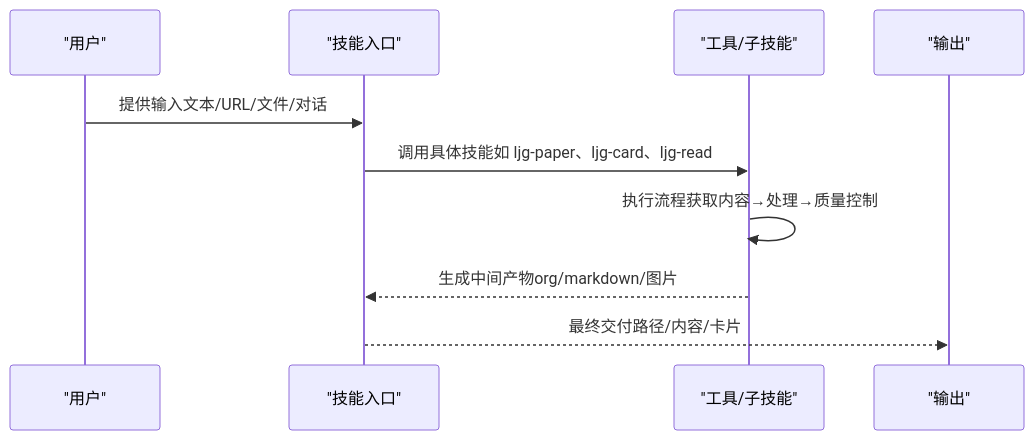
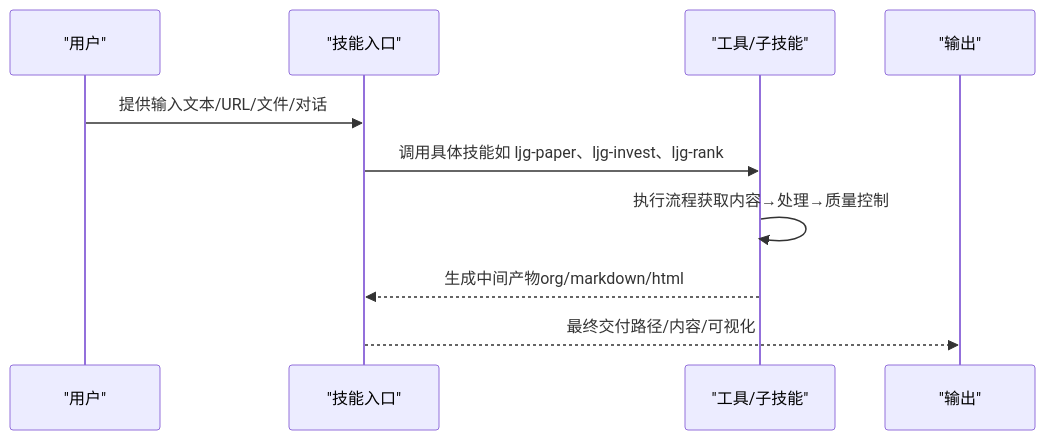
Before and after one commit to NTLx/ntlx.github.io: the second of 12 diagrams in .qoder/repowiki/zh/content/AI 技能系统/专用技能.md, drawn with Mermaid. The commit also changed other lines of this file and 8 other files, not shown here.

````diff
--- a/.qoder/repowiki/zh/content/AI 技能系统/专用技能.md
+++ b/.qoder/repowiki/zh/content/AI 技能系统/专用技能.md
@@ -143,12 +139,12 @@
 ```mermaid
 sequenceDiagram
 participant U as "用户"
 participant S as "技能入口"
 participant T as "工具/子技能"
 participant O as "输出"
 U->>S : 提供输入文本/URL/文件/对话
-S->>T : 调用具体技能如 ljg-paper、ljg-card、ljg-read
+S->>T : 调用具体技能如 ljg-paper、ljg-invest、ljg-rank
 T->>T : 执行流程获取内容→处理→质量控制
-T-->>S : 生成中间产物org/markdown/图片
-S-->>O : 最终交付路径/内容/卡片
+T-->>S : 生成中间产物org/markdown/html
+S-->>O : 最终交付路径/内容/可视化
 ```
````
